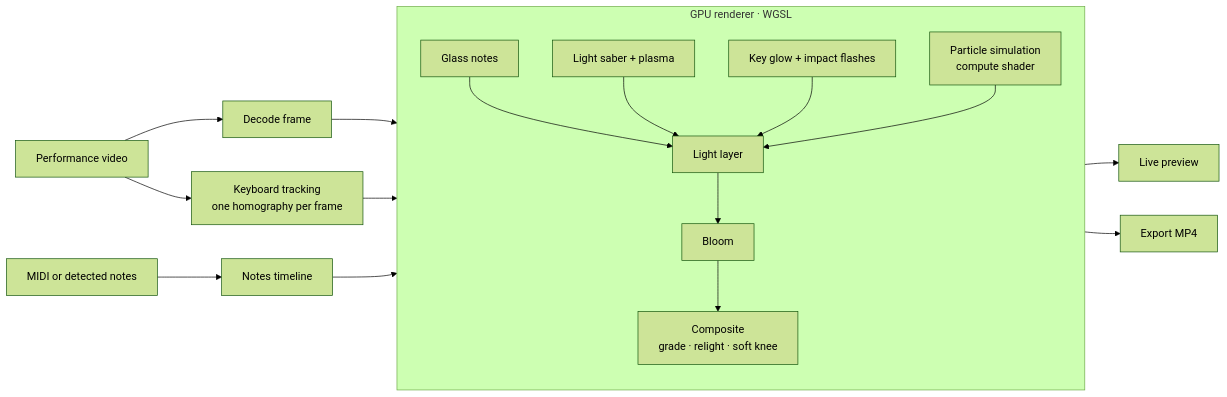
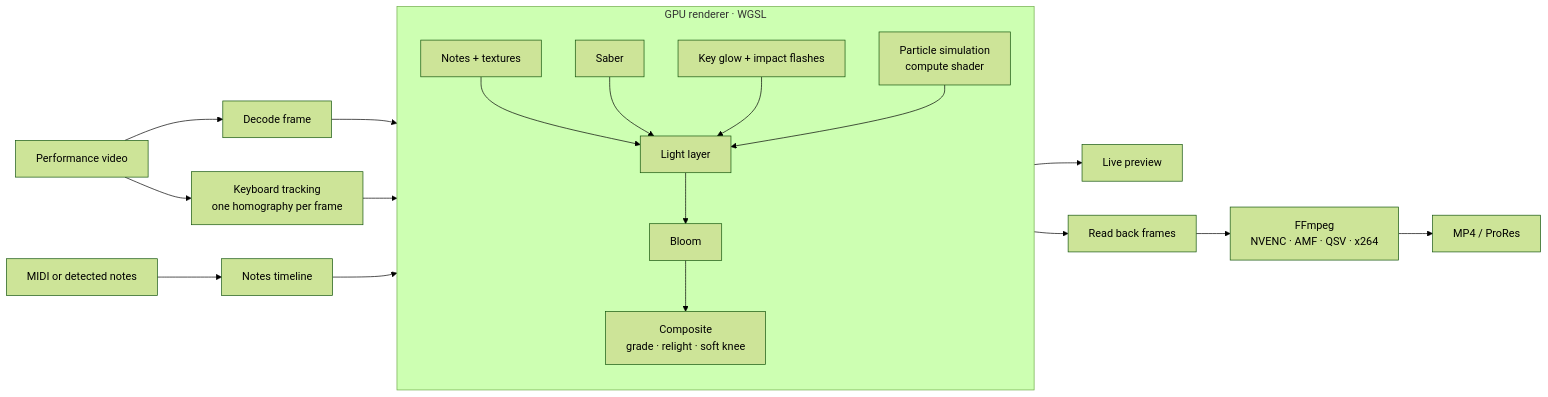
Before and after one commit to HetavShah/pianoverse: the diagram in README.md, drawn with Mermaid (forest theme). The commit also changed other lines of this file and 9 other files, not shown here.

````diff
--- a/README.md
+++ b/README.md
@@ -70,20 +123,21 @@
 ```mermaid
 flowchart LR
     V[Performance video] --> D[Decode frame]
     M[MIDI or detected notes] --> N[Notes timeline]
     V --> T[Keyboard tracking<br/>one homography per frame]
     D --> G
     N --> G
     T --> G
     subgraph G[GPU renderer · WGSL]
       direction TB
-      G1[Glass notes] --> L[Light layer]
-      G2[Light saber + plasma] --> L
+      G1[Notes + textures] --> L[Light layer]
+      G2[Saber] --> L
       G3[Key glow + impact flashes] --> L
       G4[Particle simulation<br/>compute shader] --> L
       L --> B[Bloom]
       B --> C[Composite<br/>grade · relight · soft knee]
     end
     C --> P[Live preview]
-    C --> E[Export MP4]
+    C --> R[Read back frames] --> F[FFmpeg<br/>NVENC · AMF · QSV · x264]
+    F --> E[MP4 / ProRes]
 ```
````
